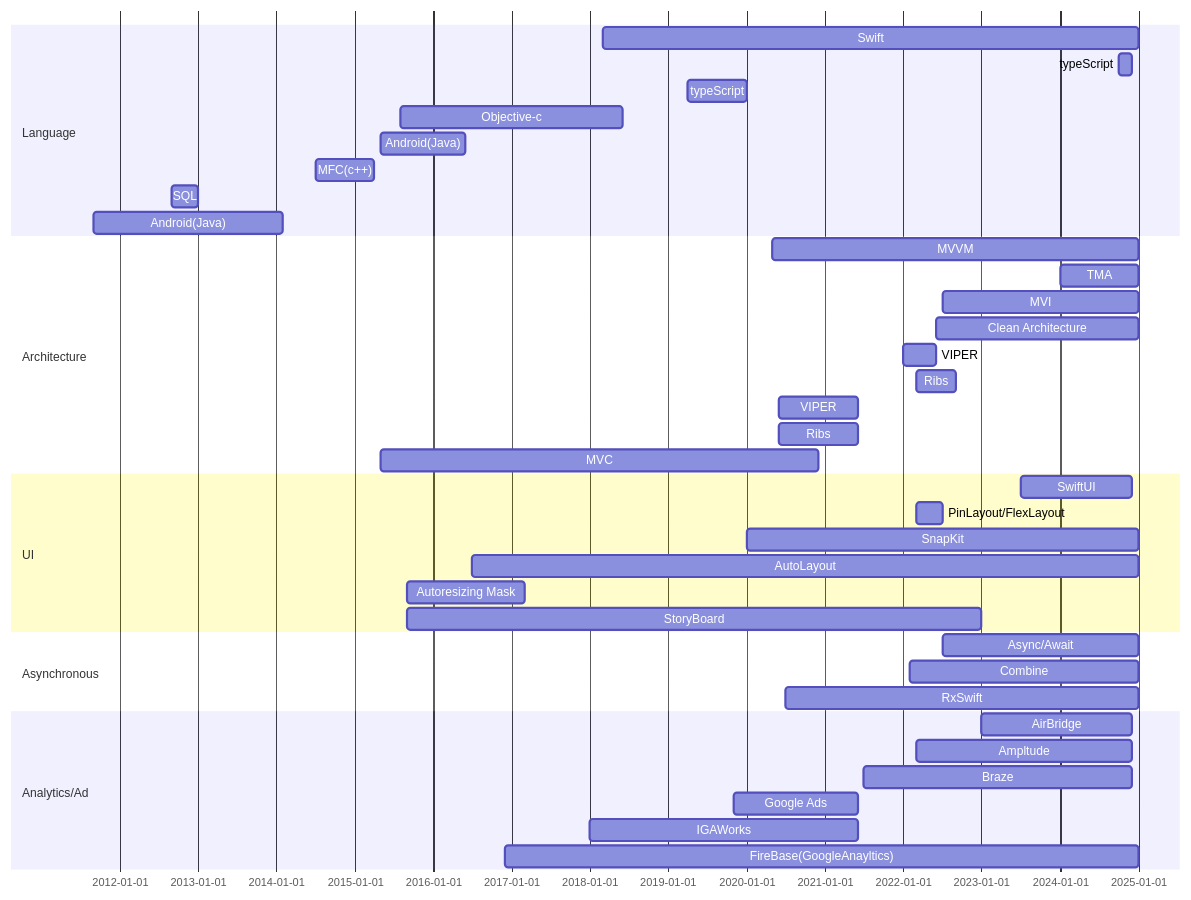
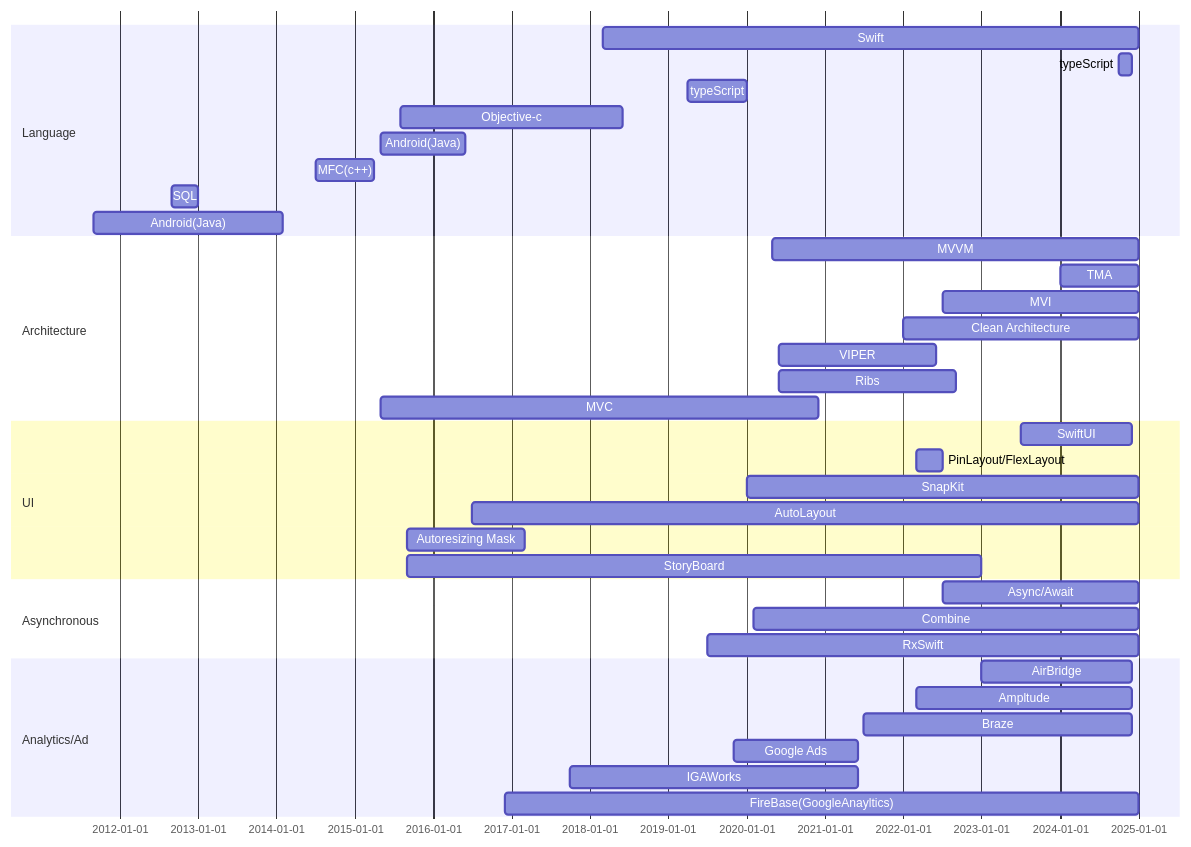
Before and after one commit to talq44/resume_portfolio: the first of 3 diagrams in PORTFOLIO.md, drawn with Mermaid. The commit also changed other lines of this file and 1 other file, not shown here.

````diff
--- a/PORTFOLIO.md
+++ b/PORTFOLIO.md
@@ -4,45 +4,43 @@
 ``` mermaid
 gantt
   dateFormat  YYYY-MM
   section Language
   Swift :i3, 2018-03, 2025-01
   typeScript :a1, 2024-10, 2024-12
   typeScript :a1, 2019-04, 2020-01
   Objective-c :l5, 2015-08, 2018-06
   Android(Java) :l4, 2015-05, 2016-06
   MFC(c++) :l3, 2014-07, 2015-04
   SQL :l2, 2012-09, 2013-01
   Android(Java) :l1, 2011-09, 2014-02
 
   section Architecture
   MVVM :a1, 2020-05, 2025-01
   TMA: a5, 2024-01, 2025-01
   MVI :a2, 2022-07, 2025-01
-  Clean Architecture :a1, 2022-06, 2025-01
-  VIPER: a4, 2022-01, 2022-06
-  Ribs: a4, 2022-03, 2022-09
-  VIPER: a4, 2020-06, 2021-06
-  Ribs: a4, 2020-06, 2021-06
+  Clean Architecture :a1, 2022-01, 2025-01
+  VIPER: a4, 2020-06, 2022-06
+  Ribs: a4, 2020-06, 2022-09
   MVC : a3, 2015-05, 2020-12
 
   section UI
   SwiftUI : c1, 2023-07, 2024-12
   PinLayout/FlexLayout : u3, 2022-03, 2022-07
   SnapKit : c3, 2020-01, 2025-01
   AutoLayout : c2, 2016-07, 2025-01
   Autoresizing Mask : u2, 2015-09, 2017-03
   StoryBoard : u1, 2015-09, 2023-01
 
   section Asynchronous
   Async/Await: r3, 2022-07, 2025-01
-  Combine: r2, 2022-02, 2025-01
-  RxSwift: r1, 2020-07, 2025-01
+  Combine: r2, 2020-02, 2025-01
+  RxSwift: r1, 2019-07, 2025-01
 
   section Analytics/Ad
   AirBridge : s3, 2023-01, 2024-12
   Ampltude : s2, 2022-03, 2024-12
   Braze : s2, 2021-07, 2024-12
   Google Ads: aa2, 2019-11, 2021-06
-  IGAWorks : aa1, 2018-01, 2021-06
+  IGAWorks : aa1, 2017-10, 2021-06
   FireBase(GoogleAnayltics) : s2, 2016-12, 2025-01
 ```
````
